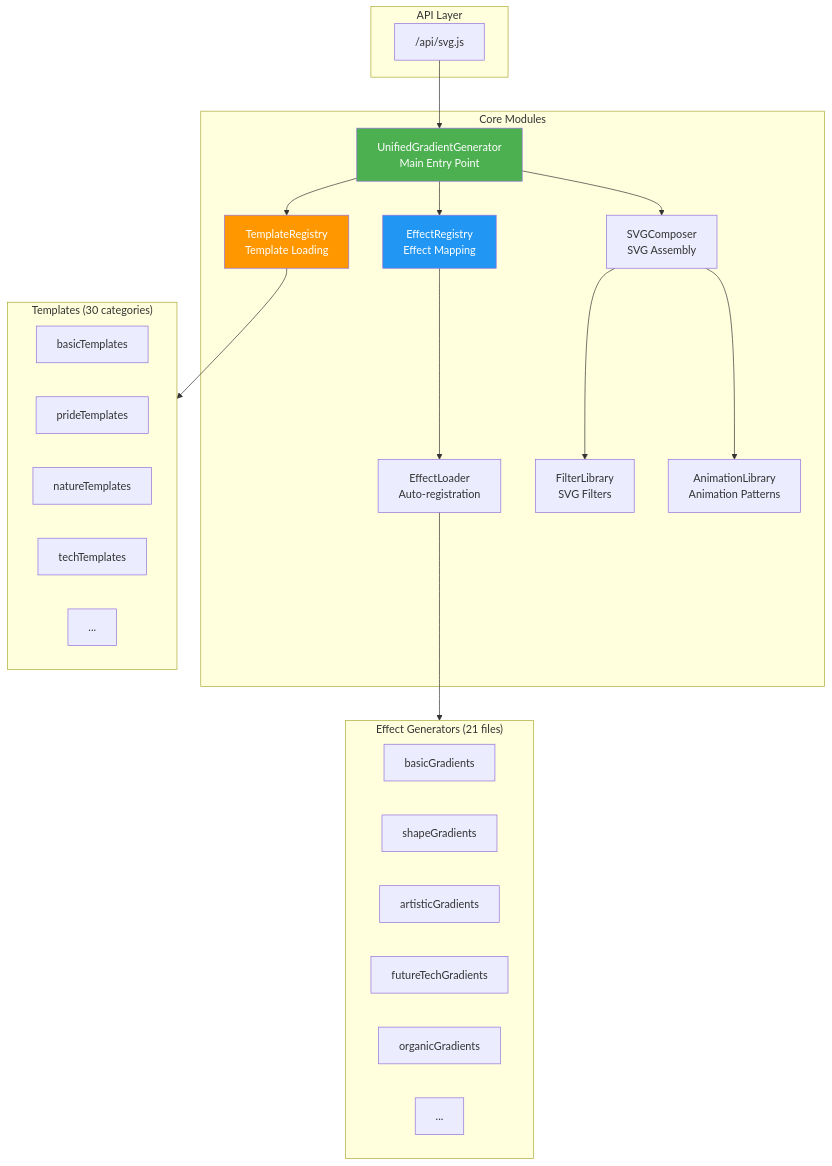
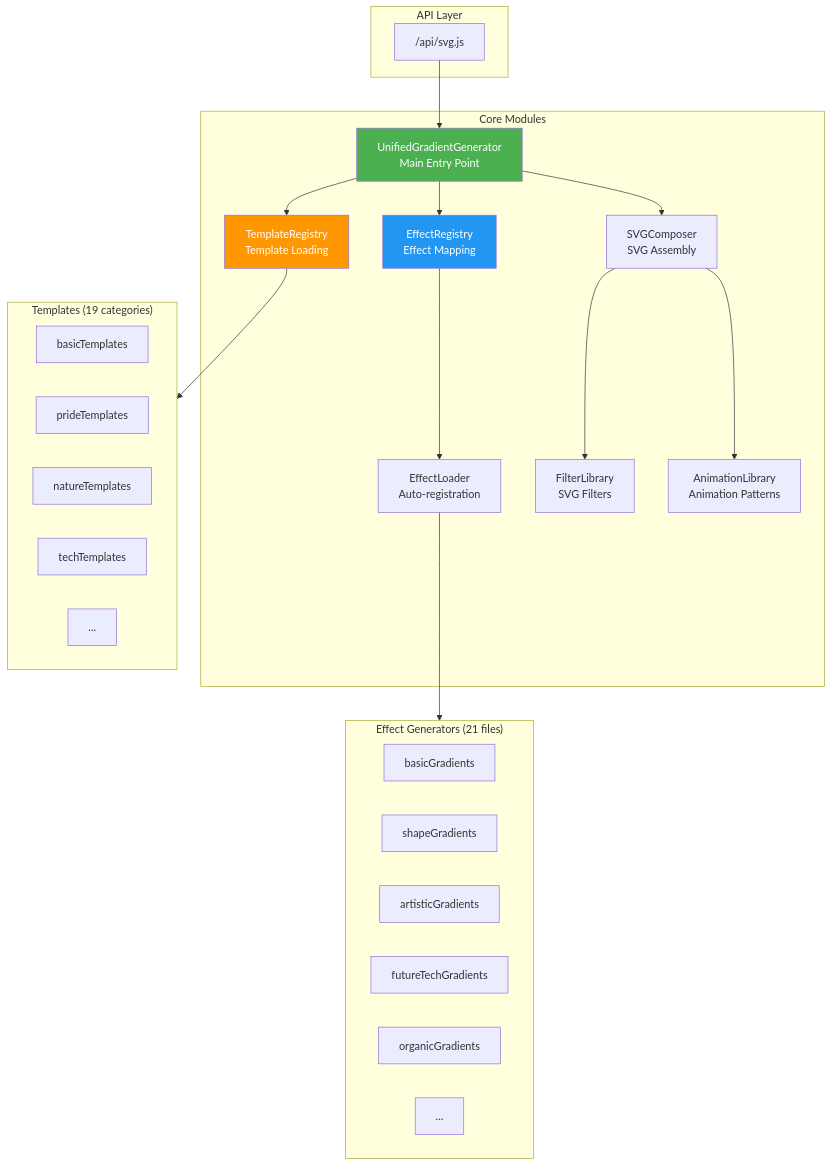
The first of 7 diagrams in src/core/README.md (ChanMeng666/gradient-svg-generator), drawn with Mermaid before and after one commit. The commit also changed other lines of this file and 5 other files, not shown here.

````diff
--- a/src/core/README.md
+++ b/src/core/README.md
@@ -19,47 +19,47 @@
 ```mermaid
 graph TB
     subgraph API["API Layer"]
         ENDPOINT["/api/svg.js"]
     end
 
     subgraph Core["Core Modules"]
         UGG["UnifiedGradientGenerator<br/>Main Entry Point"]
         ER["EffectRegistry<br/>Effect Mapping"]
         EL["EffectLoader<br/>Auto-registration"]
         TR["TemplateRegistry<br/>Template Loading"]
         FL["FilterLibrary<br/>SVG Filters"]
         AL["AnimationLibrary<br/>Animation Patterns"]
         SC["SVGComposer<br/>SVG Assembly"]
     end
 
     subgraph Generators["Effect Generators (21 files)"]
         BG[basicGradients]
         SG[shapeGradients]
         AG[artisticGradients]
         FTG[futureTechGradients]
         OG[organicGradients]
         MORE[...]
     end
 
-    subgraph Templates["Templates (30 categories)"]
+    subgraph Templates["Templates (19 categories)"]
         BT[basicTemplates]
         PT[prideTemplates]
         NT[natureTemplates]
         TT[techTemplates]
         TMORE[...]
     end
 
     ENDPOINT --> UGG
     UGG --> TR
     UGG --> ER
     ER --> EL
     EL --> Generators
     TR --> Templates
     UGG --> SC
     SC --> FL
     SC --> AL
 
     style UGG fill:#4CAF50,color:#fff
     style ER fill:#2196F3,color:#fff
     style TR fill:#FF9800,color:#fff
 ```
````
